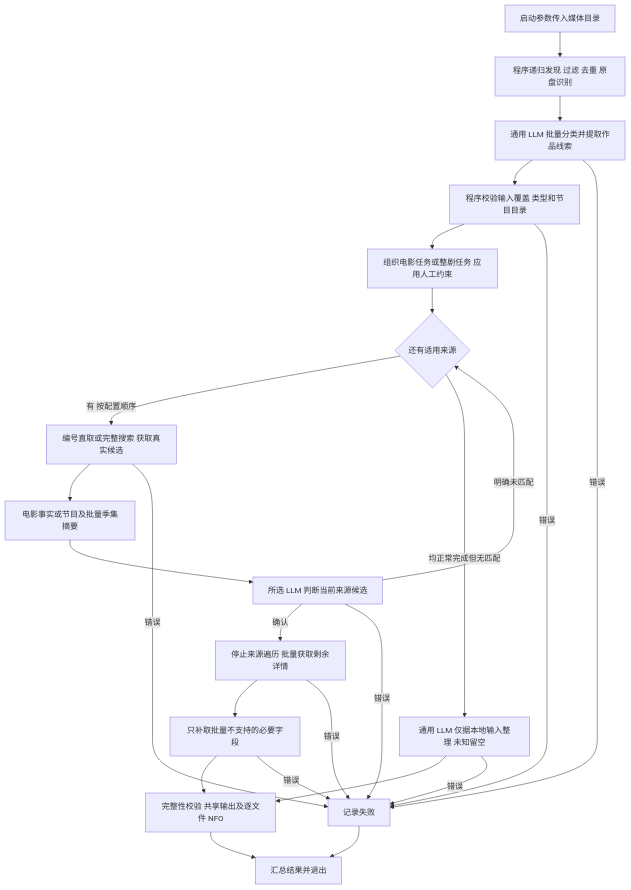
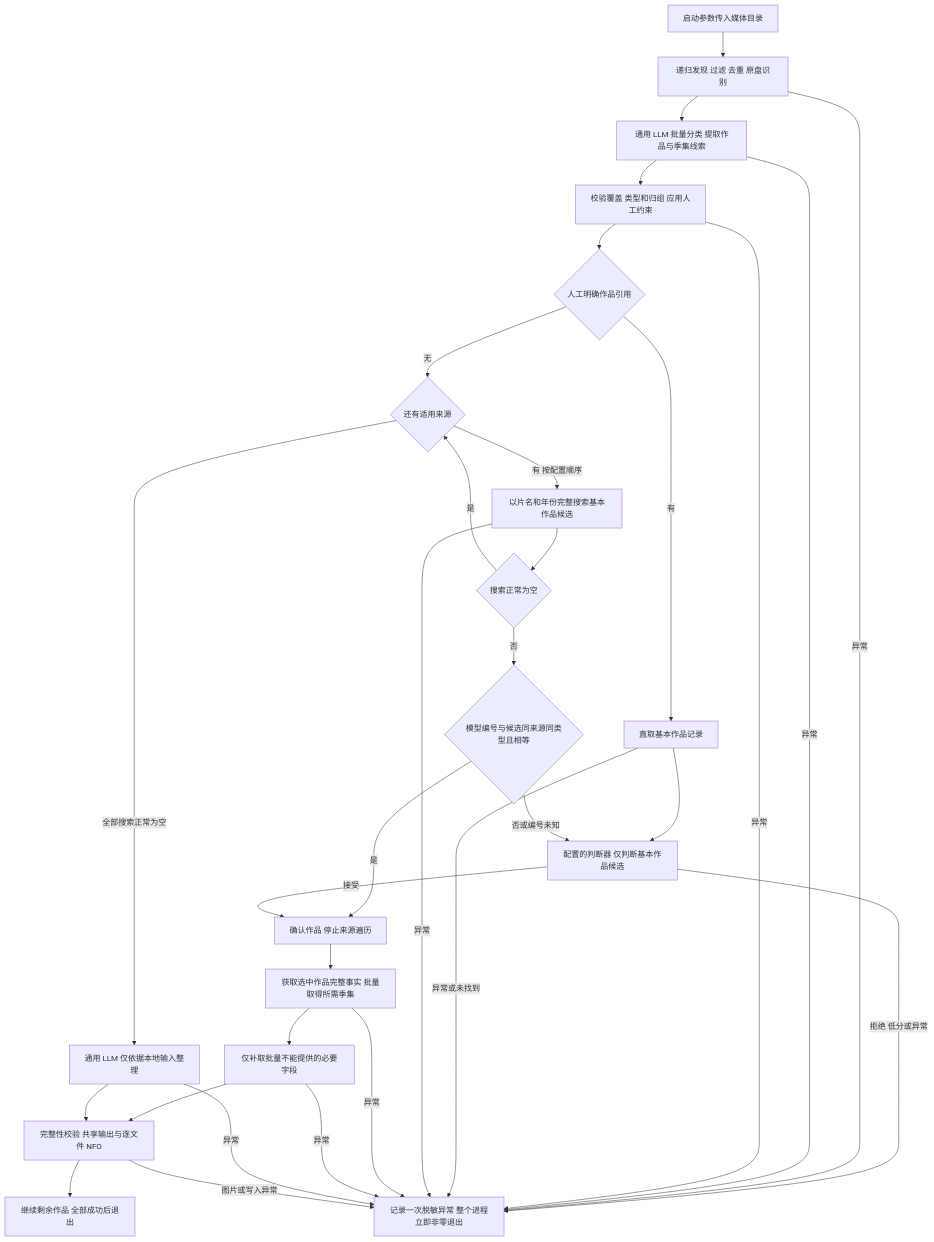
One commit to 0987363/kodi-metadata-tmdb-cli changed the diagram in docs/superpowers/plans/2026-09-24-cleanup-series-batch-validation.md. Above: the diagram before and after it, drawn with Mermaid. The commit also changed other lines of this file and 38 other files, not shown here.

````diff
--- a/docs/superpowers/plans/2026-09-24-cleanup-series-batch-validation.md
+++ b/docs/superpowers/plans/2026-09-24-cleanup-series-batch-validation.md
@@ -133,26 +144,33 @@
 ```mermaid
 flowchart TD
-    A[启动参数传入媒体目录] --> B[程序递归发现 过滤 去重 原盘识别]
-    B --> C[通用 LLM 批量分类并提取作品线索]
-    C --> V[程序校验输入覆盖 类型和节目目录]
-    V --> W[组织电影任务或整剧任务 应用人工约束]
-    W --> D{还有适用来源}
-    D -->|有 按配置顺序| E[编号直取或完整搜索 获取真实候选]
-    E --> F[电影事实或节目及批量季集摘要]
-    F --> G[所选 LLM 判断当前来源候选]
-    G -->|明确未匹配| D
-    G -->|确认| H[停止来源遍历 批量获取剩余详情]
-    D -->|均正常完成但无匹配| L[通用 LLM 仅据本地输入整理 未知留空]
-    H --> I[只补取批量不支持的必要字段]
-    I --> J[完整性校验 共享输出及逐文件 NFO]
+    A[启动参数传入媒体目录] --> B[递归发现 过滤 去重 原盘识别]
+    B --> C[通用 LLM 批量分类 提取作品与季集线索]
+    C --> V[校验覆盖 类型和归组 应用人工约束]
+    V --> R{人工明确作品引用}
+    R -->|有| P[直取基本作品记录]
+    P --> G[配置的判断器 仅判断基本作品候选]
+    R -->|无| D{还有适用来源}
+    D -->|有 按配置顺序| E[以片名和年份完整搜索基本作品候选]
+    E --> F{搜索正常为空}
+    F -->|是| D
+    F -->|否| Q{模型编号与候选同来源同类型且相等}
+    Q -->|是| H[确认作品 停止来源遍历]
+    Q -->|否或编号未知| G
+    G -->|接受| H
+    G -->|拒绝 低分或异常| X
+    D -->|全部搜索正常为空| L[通用 LLM 仅依据本地输入整理]
+    H --> I[获取选中作品完整事实 批量取得所需季集]
+    I --> N[仅补取批量不能提供的必要字段]
+    N --> J[完整性校验 共享输出与逐文件 NFO]
     L --> J
-    J --> Z[汇总结果并退出]
-    C -->|错误| X[记录失败]
-    V -->|错误| X
-    E -->|错误| X
-    G -->|错误| X
-    H -->|错误| X
-    I -->|错误| X
-    L -->|错误| X
-    X --> Z
+    J --> Z[继续剩余作品 全部成功后退出]
+    B -->|异常| X[记录一次脱敏异常 整个进程立即非零退出]
+    C -->|异常| X
+    V -->|异常| X
+    P -->|异常或未找到| X
+    E -->|异常| X
+    I -->|异常| X
+    N -->|异常| X
+    L -->|异常| X
+    J -->|图片或写入异常| X
 ```
````
